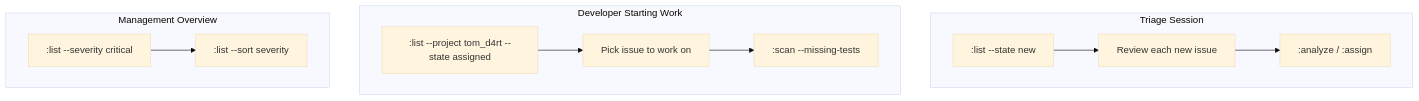
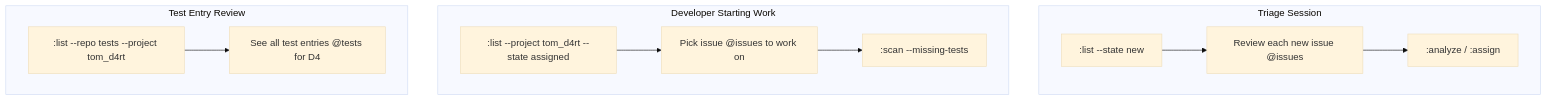
Diagram 18 of 37 in tom_issue_kit/doc/issuekit_command_reference.md (al-the-bear/tom_module_basics), drawn with Mermaid (base theme) before and after one commit. The commit also changed other lines of this file and 1 other file, not shown here.

First line of the commit message:
docs: architectural redesign — two issue trackers, @issues/@tests/@code terminology, nightly backup

````diff
--- a/tom_issue_kit/doc/issuekit_command_reference.md
+++ b/tom_issue_kit/doc/issuekit_command_reference.md
@@ -926,22 +977,22 @@
 ```mermaid
 graph TB
     subgraph "Triage Session"
         T1[":list --state new"]
-        T2["Review each new issue"]
+        T2["Review each new issue @issues"]
         T3[":analyze / :assign"]
         T1 --> T2 --> T3
     end
 
     subgraph "Developer Starting Work"
         D1[":list --project tom_d4rt --state assigned"]
-        D2["Pick issue to work on"]
+        D2["Pick issue @issues to work on"]
         D3[":scan --missing-tests"]
         D1 --> D2 --> D3
     end
 
-    subgraph "Management Overview"
-        M1[":list --severity critical"]
-        M2[":list --sort severity"]
-        M1 --> M2
+    subgraph "Test Entry Review"
+        E1[":list --repo tests --project tom_d4rt"]
+        E2["See all test entries @tests for D4"]
+        E1 --> E2
     end
 ```
````
